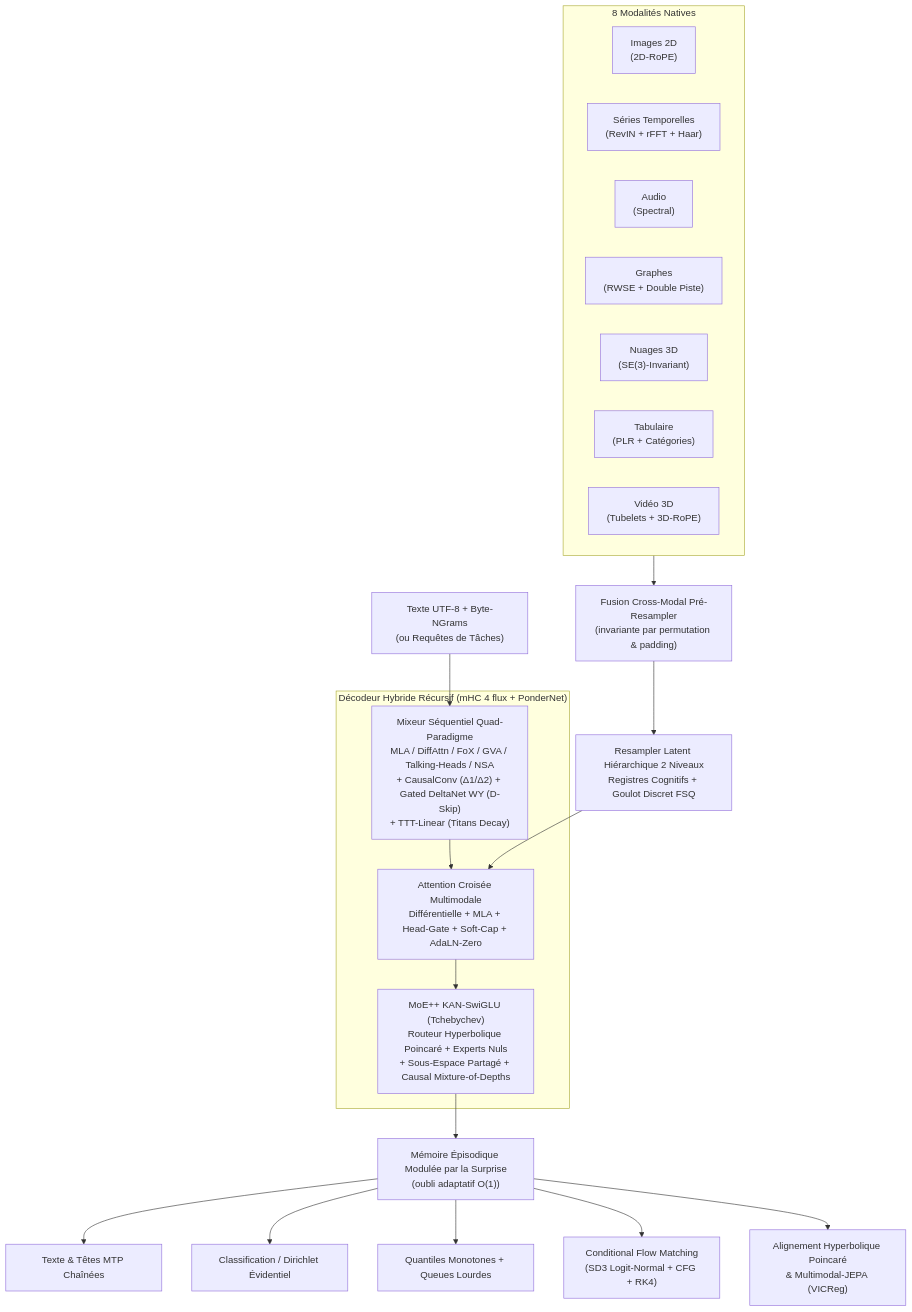
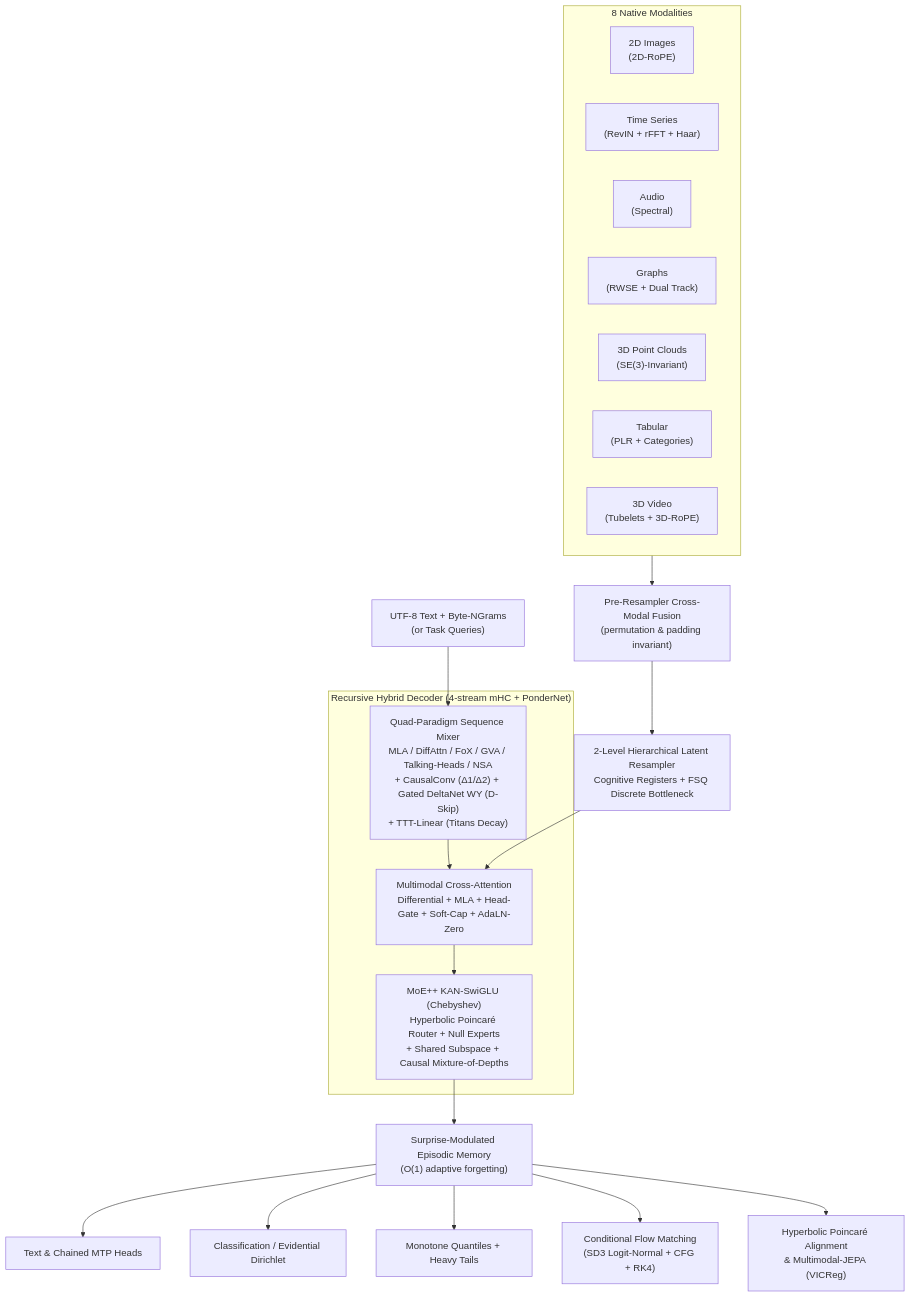
Before and after one commit to Bdexez/Blue: the diagram in README.md, drawn with Mermaid. The commit also changed other lines of this file, not shown here.

````diff
--- a/README.md
+++ b/README.md
@@ -57,32 +57,32 @@
 ```mermaid
 flowchart TD
-    subgraph Entrees["8 Modalités Natives"]
-        M1["Images 2D<br/>(2D-RoPE)"]
-        M2["Séries Temporelles<br/>(RevIN + rFFT + Haar)"]
+    subgraph Inputs["8 Native Modalities"]
+        M1["2D Images<br/>(2D-RoPE)"]
+        M2["Time Series<br/>(RevIN + rFFT + Haar)"]
         M3["Audio<br/>(Spectral)"]
-        M4["Graphes<br/>(RWSE + Double Piste)"]
-        M5["Nuages 3D<br/>(SE(3)-Invariant)"]
-        M6["Tabulaire<br/>(PLR + Catégories)"]
-        M7["Vidéo 3D<br/>(Tubelets + 3D-RoPE)"]
+        M4["Graphs<br/>(RWSE + Dual Track)"]
+        M5["3D Point Clouds<br/>(SE(3)-Invariant)"]
+        M6["Tabular<br/>(PLR + Categories)"]
+        M7["3D Video<br/>(Tubelets + 3D-RoPE)"]
     end
 
-    Entrees --> F["Fusion Cross-Modal Pré-Resampler<br/>(invariante par permutation & padding)"]
-    F --> R["Resampler Latent Hiérarchique 2 Niveaux<br/>Registres Cognitifs + Goulot Discret FSQ"]
+    Inputs --> F["Pre-Resampler Cross-Modal Fusion<br/>(permutation & padding invariant)"]
+    F --> R["2-Level Hierarchical Latent Resampler<br/>Cognitive Registers + FSQ Discrete Bottleneck"]
 
-    TX["Texte UTF-8 + Byte-NGrams<br/>(ou Requêtes de Tâches)"] --> D
+    TX["UTF-8 Text + Byte-NGrams<br/>(or Task Queries)"] --> D
 
-    subgraph Decodeur["Décodeur Hybride Récursif (mHC 4 flux + PonderNet)"]
-        D["Mixeur Séquentiel Quad-Paradigme<br/>MLA / DiffAttn / FoX / GVA / Talking-Heads / NSA<br/>+ CausalConv (Δ1/Δ2) + Gated DeltaNet WY (D-Skip)<br/>+ TTT-Linear (Titans Decay)"]
-        D --> CA["Attention Croisée Multimodale<br/>Différentielle + MLA + Head-Gate + Soft-Cap + AdaLN-Zero"]
-        CA --> MOE["MoE++ KAN-SwiGLU (Tchebychev)<br/>Routeur Hyperbolique Poincaré + Experts Nuls<br/>+ Sous-Espace Partagé + Causal Mixture-of-Depths"]
+    subgraph Decoder["Recursive Hybrid Decoder (4-stream mHC + PonderNet)"]
+        D["Quad-Paradigm Sequence Mixer<br/>MLA / DiffAttn / FoX / GVA / Talking-Heads / NSA<br/>+ CausalConv (Δ1/Δ2) + Gated DeltaNet WY (D-Skip)<br/>+ TTT-Linear (Titans Decay)"]
+        D --> CA["Multimodal Cross-Attention<br/>Differential + MLA + Head-Gate + Soft-Cap + AdaLN-Zero"]
+        CA --> MOE["MoE++ KAN-SwiGLU (Chebyshev)<br/>Hyperbolic Poincaré Router + Null Experts<br/>+ Shared Subspace + Causal Mixture-of-Depths"]
     end
 
     R --> CA
-    MOE --> MEM["Mémoire Épisodique Modulée par la Surprise<br/>(oubli adaptatif O(1))"]
+    MOE --> MEM["Surprise-Modulated Episodic Memory<br/>(O(1) adaptive forgetting)"]
 
-    MEM --> H1["Texte & Têtes MTP Chaînées"]
-    MEM --> H2["Classification / Dirichlet Évidentiel"]
-    MEM --> H3["Quantiles Monotones + Queues Lourdes"]
+    MEM --> H1["Text & Chained MTP Heads"]
+    MEM --> H2["Classification / Evidential Dirichlet"]
+    MEM --> H3["Monotone Quantiles + Heavy Tails"]
     MEM --> H4["Conditional Flow Matching<br/>(SD3 Logit-Normal + CFG + RK4)"]
-    MEM --> H5["Alignement Hyperbolique Poincaré<br/>& Multimodal-JEPA (VICReg)"]
+    MEM --> H5["Hyperbolic Poincaré Alignment<br/>& Multimodal-JEPA (VICReg)"]
 ```
````
